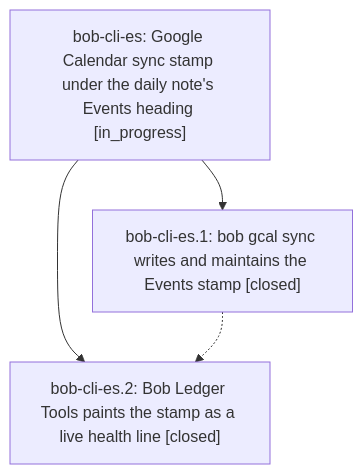
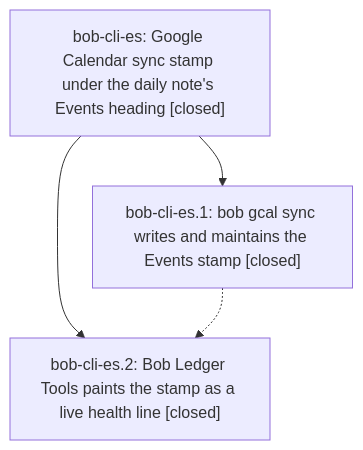
The diagram in pages/bob-cli-es/README.md (bobs-org/bob-cli--beads), drawn with Mermaid before and after one commit. The commit also changed other lines of this file and 1 other file, not shown here.

First line of the commit message:
chore(beads): sync bead state and pages for bob-cli-es

````diff
--- a/pages/bob-cli-es/README.md
+++ b/pages/bob-cli-es/README.md
@@ -35,9 +43,9 @@
 ```mermaid
 flowchart TD
-    n0["bob-cli-es: Google Calendar sync stamp under the daily note's Events heading [in_progress]"]
+    n0["bob-cli-es: Google Calendar sync stamp under the daily note's Events heading [closed]"]
     n1["bob-cli-es.1: bob gcal sync writes and maintains the Events stamp [closed]"]
     n2["bob-cli-es.2: Bob Ledger Tools paints the stamp as a live health line [closed]"]
     n0 --> n1
     n0 --> n2
     n1 -.-> n2
 ```
````
